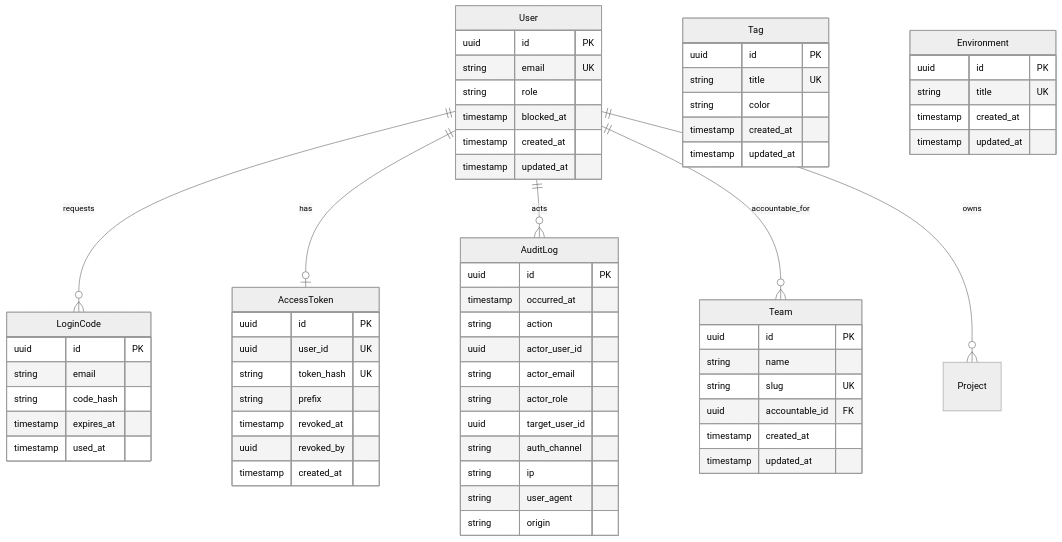
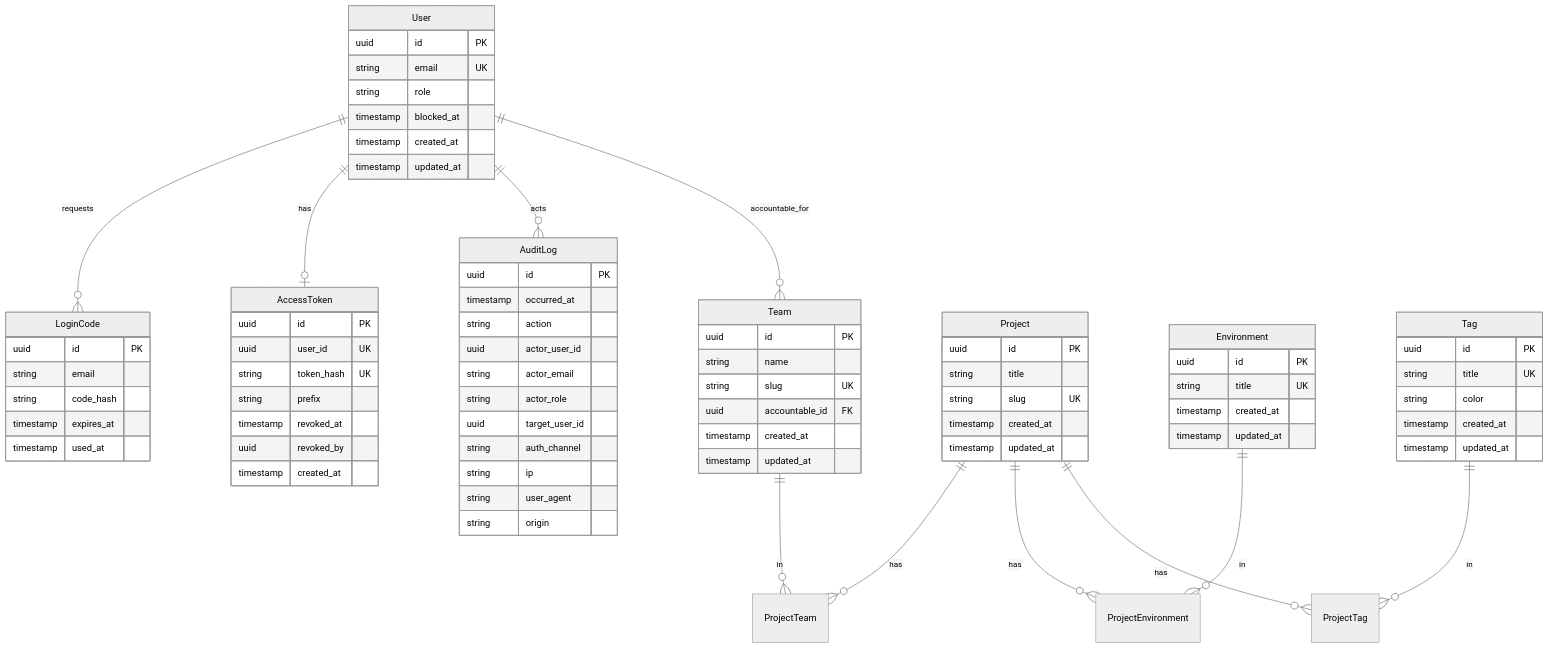
The second of 2 diagrams in docs/architecture.md (vmarinho22/envm-vault), drawn with Mermaid (neutral theme) before and after one commit. The commit also changed other lines of this file and 41 other files, not shown here.

```diff
--- a/docs/architecture.md
+++ b/docs/architecture.md
@@ -137,7 +142,12 @@
   User ||--o| AccessToken : has
   User ||--o{ AuditLog : acts
   User ||--o{ Team : accountable_for
-  User ||--o{ Project : owns
+  Project ||--o{ ProjectTeam : has
+  Team ||--o{ ProjectTeam : in
+  Project ||--o{ ProjectEnvironment : has
+  Environment ||--o{ ProjectEnvironment : in
+  Project ||--o{ ProjectTag : has
+  Tag ||--o{ ProjectTag : in
   Tag {
     uuid id PK
     string title UK
@@ -148,6 +158,13 @@
   Environment {
     uuid id PK
     string title UK
+    timestamp created_at
+    timestamp updated_at
+  }
+  Project {
+    uuid id PK
+    string title
+    string slug UK
     timestamp created_at
     timestamp updated_at
   }
```
